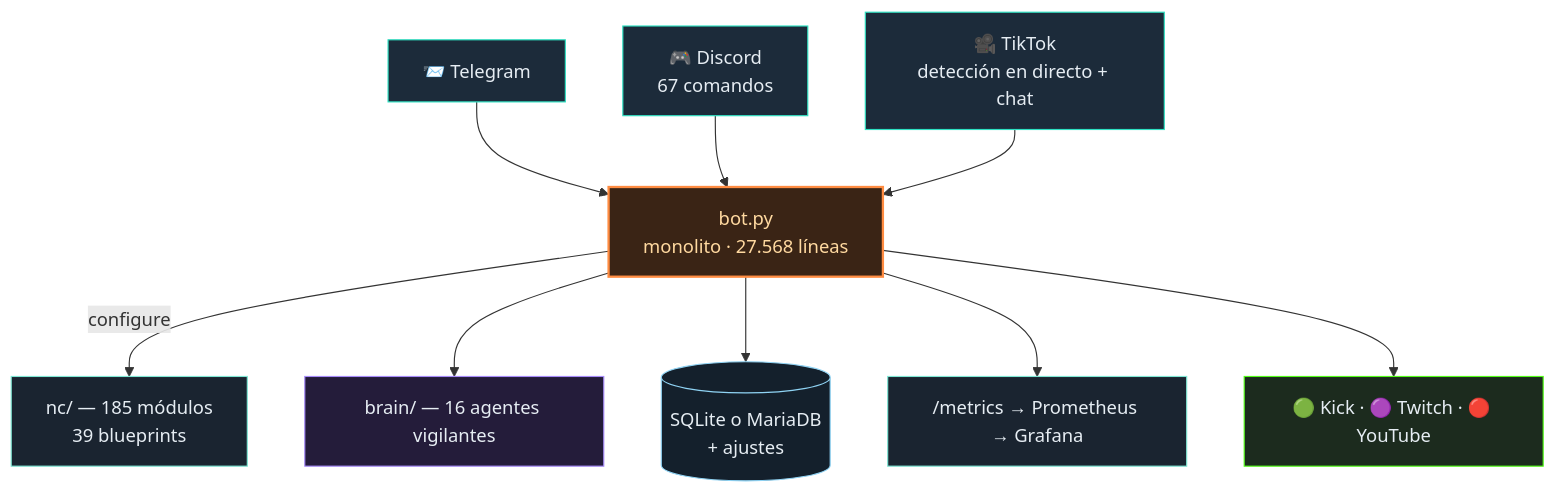
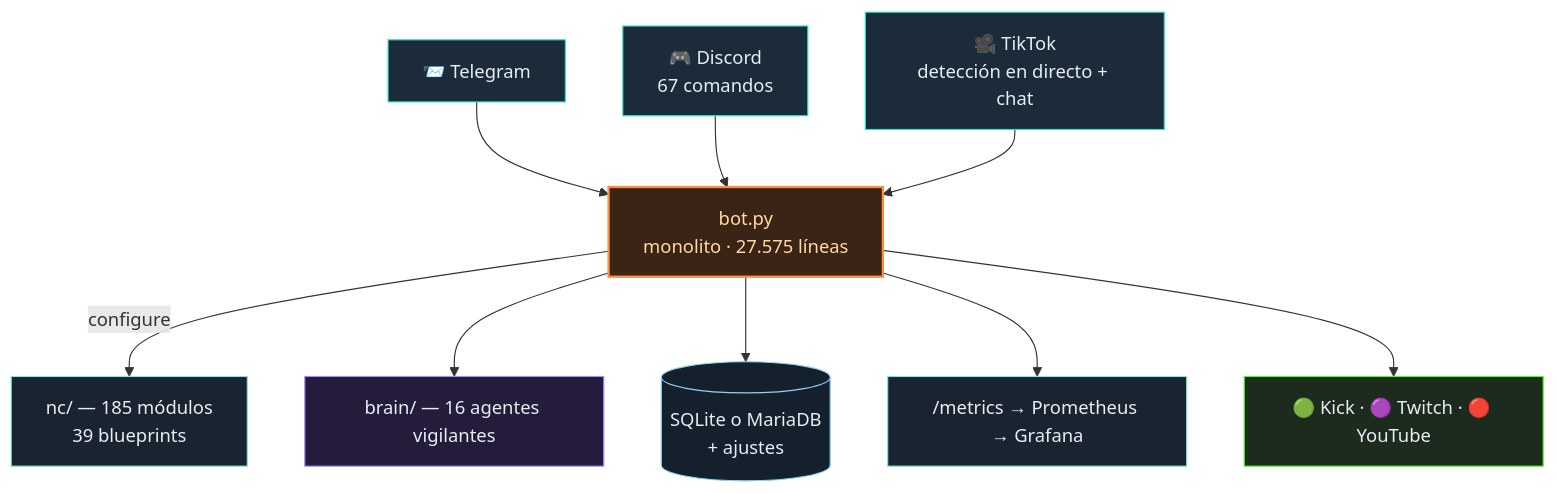
The diagram in README.es.md (itsamemedev/Telegram-Stream-Info-Bot), drawn with Mermaid before and after one commit. The commit also changed other lines of this file and 24 other files, not shown here.

````diff
--- a/README.es.md
+++ b/README.es.md
@@ -64,18 +64,18 @@
 ```mermaid
 flowchart TB
     TG["📨 Telegram"]:::ein --> BOT
     DC["🎮 Discord<br/>67 comandos"]:::ein --> BOT
     TT["🎥 TikTok<br/>detección en directo + chat"]:::ein --> BOT
-    BOT["bot.py<br/>monolito · 27.568 líneas"]:::core
+    BOT["bot.py<br/>monolito · 27.575 líneas"]:::core
     BOT -->|configure| NC["nc/ — 185 módulos<br/>39 blueprints"]:::lib
     BOT --> BRAIN["brain/ — 16 agentes vigilantes"]:::brain
     BOT --> DB[("SQLite o MariaDB<br/>+ ajustes")]:::db
     BOT --> PROM["/metrics → Prometheus → Grafana"]:::lib
     BOT --> OUT["🟢 Kick · 🟣 Twitch · 🔴 YouTube"]:::out
     classDef ein fill:#1c2b3a,stroke:#2de1c2,color:#e6edf3
     classDef core fill:#3a2415,stroke:#ff8c42,stroke-width:2px,color:#ffd9a0
     classDef lib fill:#1a2430,stroke:#7fe7d4,color:#e6edf3
     classDef brain fill:#241c3a,stroke:#a78bfa,color:#e6edf3
     classDef db fill:#14202c,stroke:#8fd3f4,color:#e6edf3
     classDef out fill:#1c2b1e,stroke:#53fc18,color:#e6edf3
 ```
````
